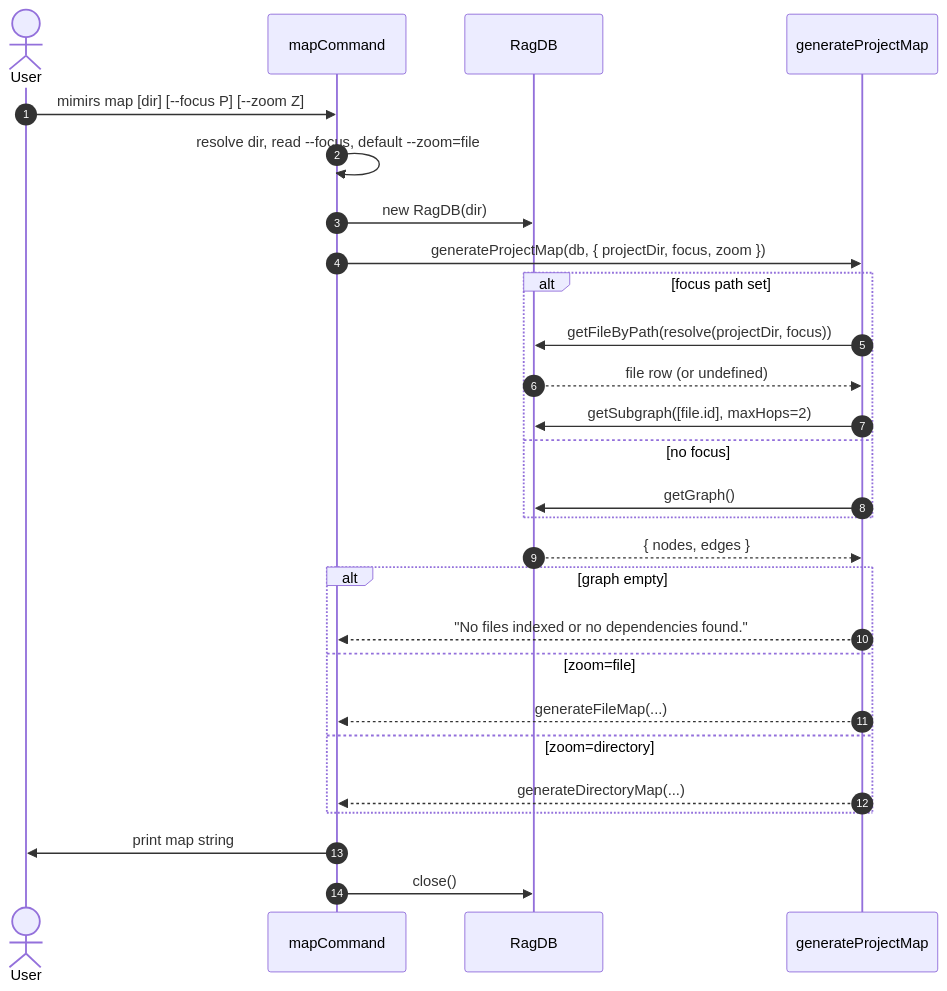
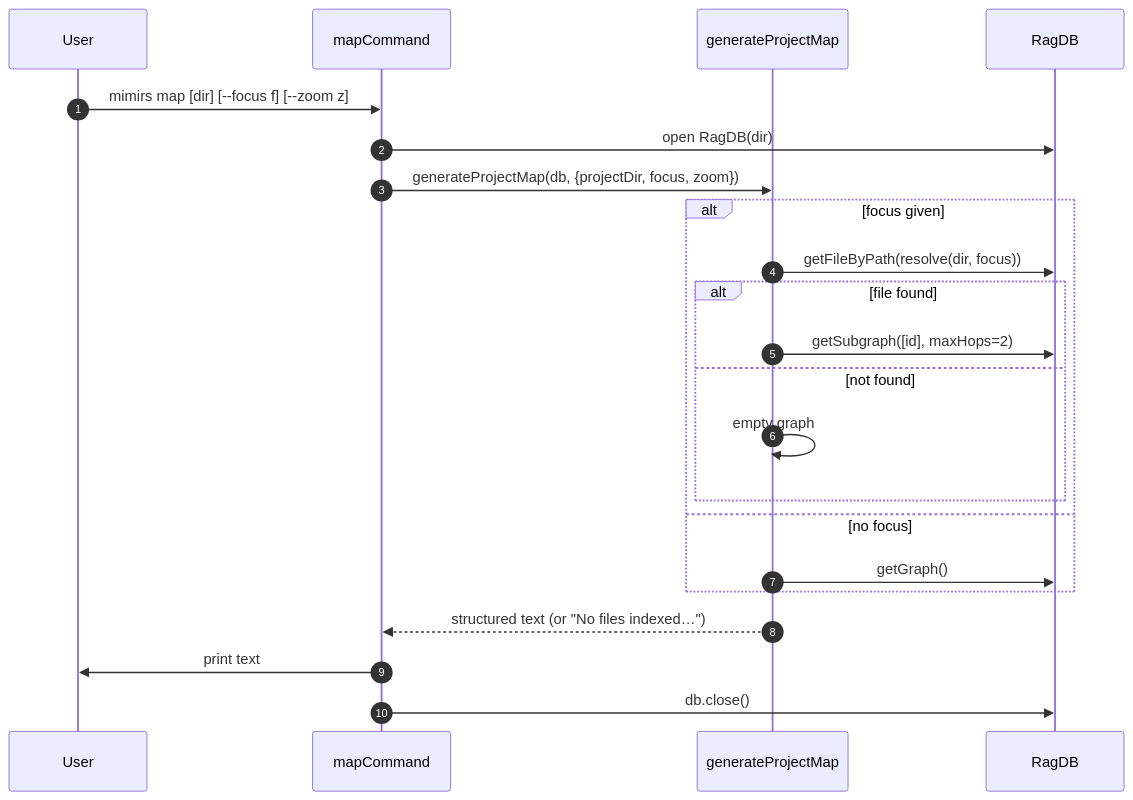
The diagram in wiki/cli/map.md (TheWinci/mimirs), drawn with Mermaid before and after one commit. The commit also changed other lines of this file and 52 other files, not shown here.

````diff
--- a/wiki/cli/map.md
+++ b/wiki/cli/map.md
@@ -15,29 +13,24 @@
 ```mermaid
 sequenceDiagram
     autonumber
-    actor User
-    participant CLI as mapCommand
+    participant User
+    participant Cmd as mapCommand
+    participant Resolver as generateProjectMap
     participant DB as RagDB
-    participant Resolver as generateProjectMap
-    User->>CLI: mimirs map [dir] [--focus P] [--zoom Z]
-    CLI->>CLI: resolve dir, read --focus, default --zoom=file
-    CLI->>DB: new RagDB(dir)
-    CLI->>Resolver: generateProjectMap(db, { projectDir, focus, zoom })
-    alt focus path set
-        Resolver->>DB: getFileByPath(resolve(projectDir, focus))
-        DB-->>Resolver: file row (or undefined)
-        Resolver->>DB: getSubgraph([file.id], maxHops=2)
+    User->>Cmd: mimirs map [dir] [--focus f] [--zoom z]
+    Cmd->>DB: open RagDB(dir)
+    Cmd->>Resolver: generateProjectMap(db, {projectDir, focus, zoom})
+    alt focus given
+        Resolver->>DB: getFileByPath(resolve(dir, focus))
+        alt file found
+            Resolver->>DB: getSubgraph([id], maxHops=2)
+        else not found
+            Resolver->>Resolver: empty graph
+        end
     else no focus
         Resolver->>DB: getGraph()
     end
-    DB-->>Resolver: { nodes, edges }
-    alt graph empty
-        Resolver-->>CLI: "No files indexed or no dependencies found."
-    else zoom=file
-        Resolver-->>CLI: generateFileMap(...)
-    else zoom=directory
-        Resolver-->>CLI: generateDirectoryMap(...)
-    end
-    CLI->>User: print map string
-    CLI->>DB: close()
+    Resolver-->>Cmd: structured text (or "No files indexed…")
+    Cmd->>User: print text
+    Cmd->>DB: db.close()
 ```
````
